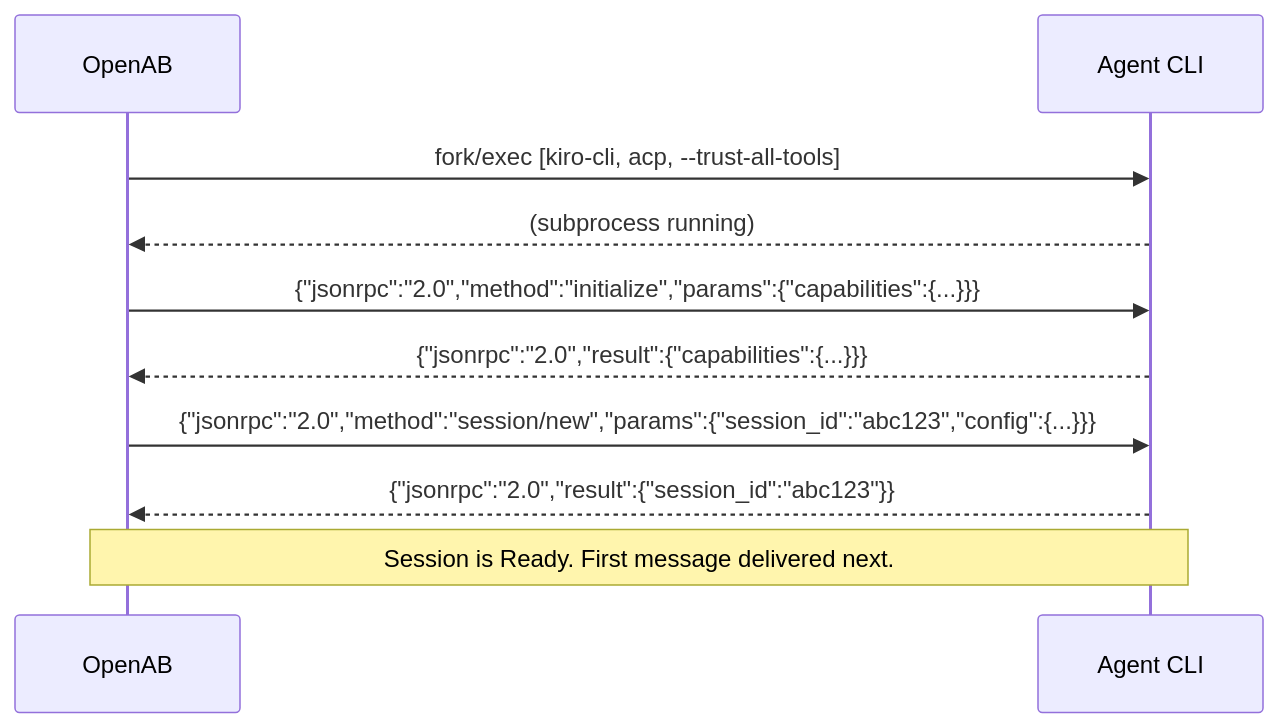
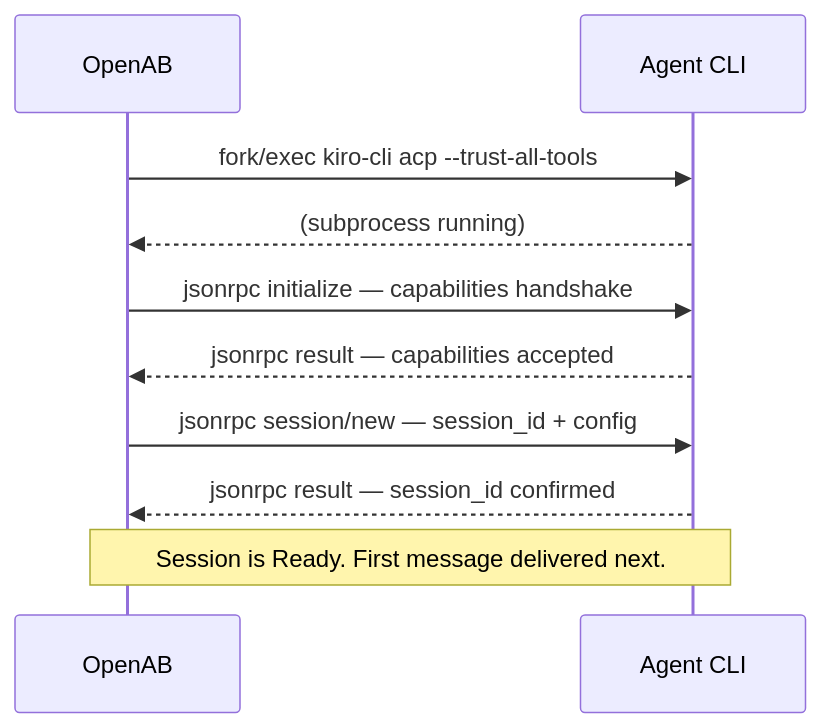
One commit to shaun-agent/openab-map changed the second of 2 diagrams in 02-mental-models/session-lifecycle.md. Above: the diagram before and after it, drawn with Mermaid. The commit also changed 6 other files, not shown here.

First line of the commit message:
fix(diagrams): fix mermaid rendering issues across all files

````diff
--- a/02-mental-models/session-lifecycle.md
+++ b/02-mental-models/session-lifecycle.md
@@ -45,13 +45,13 @@
 ```mermaid
 sequenceDiagram
     participant OAB as OpenAB
     participant CLI as Agent CLI
 
-    OAB->>CLI: fork/exec [kiro-cli, acp, --trust-all-tools]
+    OAB->>CLI: fork/exec kiro-cli acp --trust-all-tools
     CLI-->>OAB: (subprocess running)
-    OAB->>CLI: {"jsonrpc":"2.0","method":"initialize","params":{"capabilities":{...}}}
-    CLI-->>OAB: {"jsonrpc":"2.0","result":{"capabilities":{...}}}
-    OAB->>CLI: {"jsonrpc":"2.0","method":"session/new","params":{"session_id":"abc123","config":{...}}}
-    CLI-->>OAB: {"jsonrpc":"2.0","result":{"session_id":"abc123"}}
+    OAB->>CLI: jsonrpc initialize — capabilities handshake
+    CLI-->>OAB: jsonrpc result — capabilities accepted
+    OAB->>CLI: jsonrpc session/new — session_id + config
+    CLI-->>OAB: jsonrpc result — session_id confirmed
     Note over OAB,CLI: Session is Ready. First message delivered next.
 ```
````
